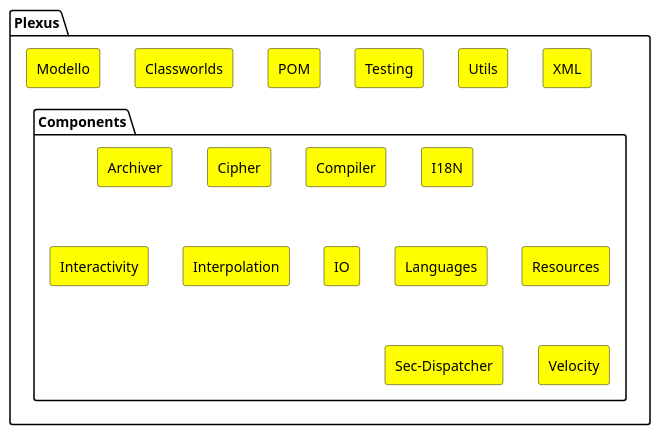
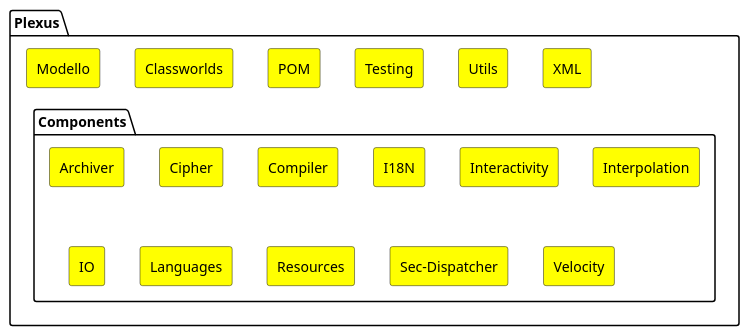
Before and after one commit to apache/maven-site: the diagram in src/plantuml/maven-sources/plexus.puml, drawn with PlantUML. The commit also changed 3 other files, not shown here.

Commit message:
shorten plantuml schema

```diff
--- a/src/plantuml/maven-sources/plexus.puml
+++ b/src/plantuml/maven-sources/plexus.puml
@@ -19,74 +19,74 @@
 @startuml
 
 <style>
     rectangle {
         BackgroundColor Yellow
     }
 }
 </style>
 
 'Keep ordering of SCM 'default.xml' repo manifest
 package "Plexus" {
   rectangle "Modello"
   rectangle "Classworlds"
 
   package "Components" {
     rectangle "Archiver"
     rectangle "Cipher"
     rectangle "Compiler"
     rectangle "I18N"
     rectangle "Interactivity"
     rectangle "Interpolation"
     rectangle "IO"
     rectangle "Languages"
     rectangle "Resources"
     rectangle "Sec-Dispatcher"
     rectangle "Velocity"
   }
 
   rectangle "POM"
   rectangle "Testing"
   rectangle "Utils"
   rectangle "XML"
 }
 
 'hidden dependencies to change layout
-"Modello" -[hidden]right-> "Classworlds"
+"Modello" -[hidden]> "Classworlds"
 "Classworlds" -[hidden]down-> "Archiver"
 
-"Archiver" -[hidden]right-> "Cipher"
-"Cipher" -[hidden]right-> "Compiler"
-"Compiler" -[hidden]right-> "I18N"
-"I18N" -[hidden]down-> "Interactivity"
+"Archiver" -[hidden]> "Cipher"
+"Cipher" -[hidden]> "Compiler"
+"Compiler" -[hidden]> "I18N"
+"I18N" -[hidden]> "Interactivity"
+"Interactivity" -[hidden]> "Interpolation"
+"Archiver" -[hidden]down-> "IO"
 
-"Interactivity" -[hidden]right-> "Interpolation"
-"Interpolation" -[hidden]right-> "IO"
-"IO" -[hidden]right-> "Languages"
-"Languages" -[hidden]right-> "Resources"
-"Resources" -[hidden]down-> "Sec-Dispatcher"
-"Sec-Dispatcher" -[hidden]right-> "Velocity"
+"IO" -[hidden]> "Languages"
+"Languages" -[hidden]> "Resources"
+"Resources" -[hidden]> "Sec-Dispatcher"
+"Sec-Dispatcher" -[hidden]> "Velocity"
 
-"Classworlds" -[hidden]right-> "POM"
-"POM" -[hidden]right-> "Testing"
-"Testing" -[hidden]right-> "Utils"
-"Utils" -[hidden]right-> "XML"
+"Classworlds" -[hidden]> "POM"
+"POM" -[hidden]> "Testing"
+"Testing" -[hidden]> "Utils"
+"Utils" -[hidden]> "XML"
 
 url of "Modello" is [[https://github.com/codehaus-plexus/modello]]
 url of "Classworlds" is [[https://github.com/codehaus-plexus/plexus-classworlds]]
 url of "Archiver" is [[https://github.com/codehaus-plexus/plexus-archiver]]
 url of "Cipher" is [[https://github.com/codehaus-plexus/plexus-cipher]]
 url of "Compiler" is [[https://github.com/codehaus-plexus/plexus-compiler]]
 url of "I18N" is [[https://github.com/codehaus-plexus/plexus-i18n]]
 url of "Interactivity" is [[https://github.com/codehaus-plexus/plexus-interactivity]]
 url of "Interpolation" is [[https://github.com/codehaus-plexus/plexus-interpolation]]
 url of "IO" is [[https://github.com/codehaus-plexus/plexus-io]]
 url of "Languages" is [[https://github.com/codehaus-plexus/plexus-languages]]
 url of "Resources" is [[https://github.com/codehaus-plexus/plexus-resources]]
 url of "Sec-Dispatcher" is [[https://github.com/codehaus-plexus/plexus-sec-dispatcher]]
 url of "Velocity" is [[https://github.com/codehaus-plexus/plexus-velocity]]
 url of "POM" is [[https://github.com/codehaus-plexus/plexus-pom]]
 url of "Testing" is [[https://github.com/codehaus-plexus/plexus-testing]]
 url of "Utils" is [[https://github.com/codehaus-plexus/plexus-utils]]
 url of "XML" is [[https://github.com/codehaus-plexus/plexus-xml]]
 
 @enduml
```
